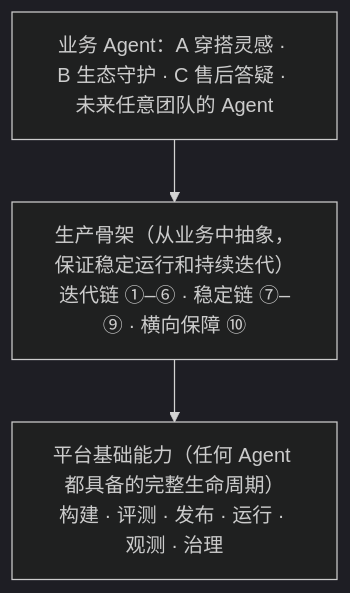
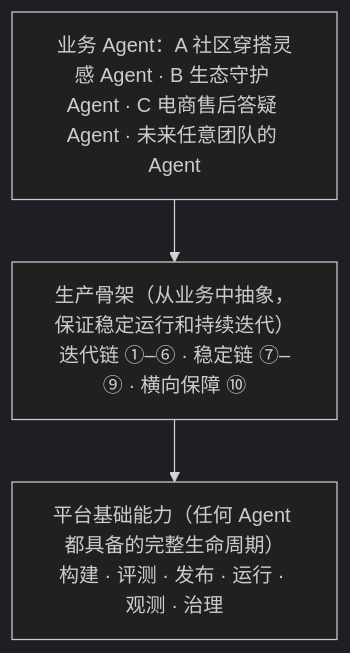
The first of 2 diagrams in Files/Agent基建平台-笔试作答.md (flyyyyyyxu/RPT_AI-Agent-Platform), drawn with Mermaid (dark theme) before and after one commit. The commit also changed other lines of this file and 26 other files, not shown here.

````diff
--- a/Files/Agent基建平台-笔试作答.md
+++ b/Files/Agent基建平台-笔试作答.md
@@ -59,7 +59,7 @@
 ```mermaid
 flowchart TB
-    L3["业务 Agent：A 穿搭灵感 · B 生态守护 · C 售后答疑 · 未来任意团队的 Agent"]
+    L3["业务 Agent：A 社区穿搭灵感 Agent · B 生态守护 Agent · C 电商售后答疑 Agent · 未来任意团队的 Agent"]
     L2["生产骨架（从业务中抽象，保证稳定运行和持续迭代）<br/>迭代链 ①–⑥ · 稳定链 ⑦–⑨ · 横向保障 ⑩"]
     L1["平台基础能力（任何 Agent 都具备的完整生命周期）<br/>构建 · 评测 · 发布 · 运行 · 观测 · 治理"]
     L3 --> L2 --> L1
 ```
````
